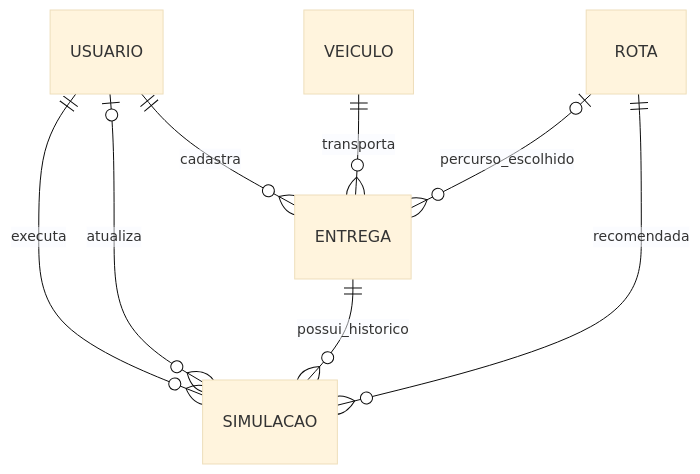
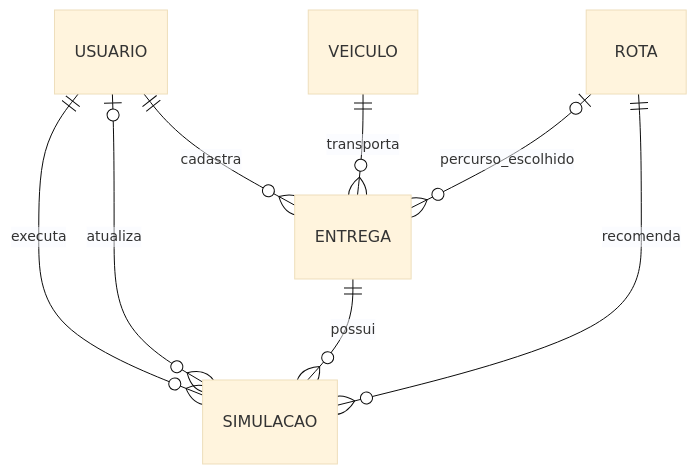
The diagram in docs/modelo-conceitual.md (Dopre-PNB/urbanlink-flow), drawn with Mermaid (base theme) before and after one commit. The commit also changed other lines of this file and 23 other files, not shown here.

````diff
--- a/docs/modelo-conceitual.md
+++ b/docs/modelo-conceitual.md
@@ -5,10 +9,10 @@
 ```mermaid
 erDiagram
     USUARIO ||--o{ ENTREGA : cadastra
     USUARIO ||--o{ SIMULACAO : executa
     USUARIO o|--o{ SIMULACAO : atualiza
     VEICULO ||--o{ ENTREGA : transporta
     ROTA o|--o{ ENTREGA : percurso_escolhido
-    ENTREGA ||--o{ SIMULACAO : possui_historico
-    ROTA ||--o{ SIMULACAO : recomendada
+    ENTREGA ||--o{ SIMULACAO : possui
+    ROTA ||--o{ SIMULACAO : recomenda
 ```
````
